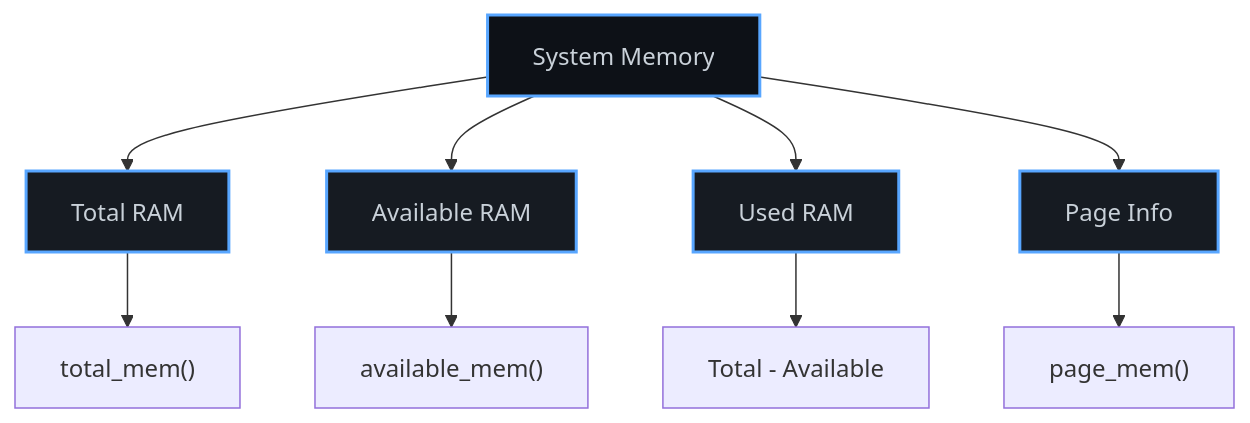
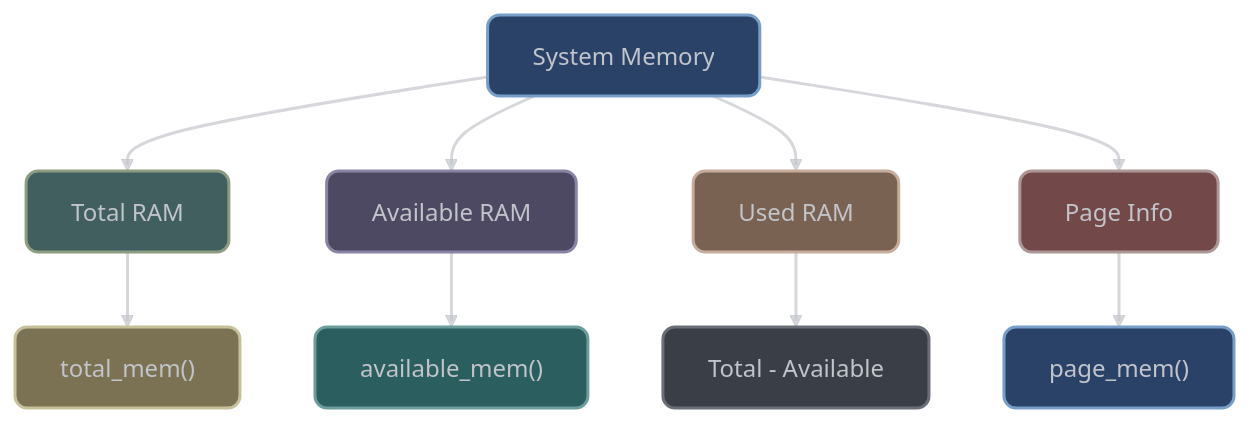
The third of 3 diagrams in docs/src/categories/sys/README.md (vorlac/xieite), drawn with Mermaid before and after one commit. The commit also changed other lines of this file and 44 other files, not shown here.

````diff
--- a/docs/src/categories/sys/README.md
+++ b/docs/src/categories/sys/README.md
@@ -292,20 +370,55 @@
 ```mermaid
-graph TD
+---
+config:
+    theme: 'base'
+    curve: 'straight'
+    themeVariables:
+        darkMode: true
+        clusterBkg: '#22272f62'
+        clusterBorder: '#6a6f77ff'
+        clusterTextColor: '#6a6f77ff'
+        lineColor: '#C1C4CAAA'
+        background: '#262B33'
+        primaryColor: '#2b4268ff'
+        primaryTextColor: '#C1C4CAff'
+        primaryBorderColor: '#6a6f77ff'
+        primaryLabelBkg: '#262B33'
+        secondaryColor: '#425f5fff'
+        secondaryBorderColor: '#8c9c81ff'
+        secondaryTextColor: '#C1C4CAff'
+        tertiaryColor: '#4d4962ff'
+        tertiaryBorderColor: '#8983a5ff'
+        tertiaryTextColor: '#eeeeee55'
+        nodeTextColor: '#C1C4CA'
+        defaultLinkColor: '#C1C4CA'
+        edgeLabelBackground: '#262B33'
+        edgeLabelBorderColor: '#C1C4CA'
+        labelTextColor: '#C1C4CA'
+        errorBkgColor: '#724848ff'
+        errorTextColor: '#C1C4CA'
+---
+flowchart TD
     Memory[System Memory]
 
     Memory --> Total[Total RAM]
     Memory --> Available[Available RAM]
     Memory --> Used[Used RAM]
     Memory --> Pages[Page Info]
 
     Total --> total_mem["total_mem()"]
     Available --> available_mem["available_mem()"]
     Used --> calc[Total - Available]
     Pages --> page_mem["page_mem()"]
 
-    style Memory fill:#0d1117,stroke:#58a6ff,stroke-width:2px,color:#c9d1d9
-    style Total fill:#161b22,stroke:#58a6ff,stroke-width:2px,color:#c9d1d9
-    style Available fill:#161b22,stroke:#58a6ff,stroke-width:2px,color:#c9d1d9
-    style Used fill:#161b22,stroke:#58a6ff,stroke-width:2px,color:#c9d1d9
-    style Pages fill:#161b22,stroke:#58a6ff,stroke-width:2px,color:#c9d1d9
+linkStyle default stroke:#C1C4CAaa,stroke-width:2px,color:#C1C4CAaa
+
+style Memory fill:#2b4268ff,stroke:#779DC9ff,stroke-width:2px,color:#C1C4CA,rx:8,ry:8
+style Total fill:#425f5fff,stroke:#8c9c81ff,stroke-width:2px,color:#C1C4CA,rx:8,ry:8
+style Available fill:#4d4962ff,stroke:#8983a5ff,stroke-width:2px,color:#C1C4CA,rx:8,ry:8
+style Used fill:#7a6253ff,stroke:#c7ac9bff,stroke-width:2px,color:#C1C4CA,rx:8,ry:8
+style Pages fill:#724848ff,stroke:#ac9696ff,stroke-width:2px,color:#C1C4CA,rx:8,ry:8
+style total_mem fill:#7a7253ff,stroke:#c7c19bff,stroke-width:2px,color:#C1C4CA,rx:8,ry:8
+style available_mem fill:#2b5f5fff,stroke:#6d9c9cff,stroke-width:2px,color:#C1C4CA,rx:8,ry:8
+style calc fill:#3a3f47ff,stroke:#6a6f77ff,stroke-width:2px,color:#C1C4CA,rx:8,ry:8
+style page_mem fill:#2b4268ff,stroke:#779DC9ff,stroke-width:2px,color:#C1C4CA,rx:8,ry:8
 ```
````
